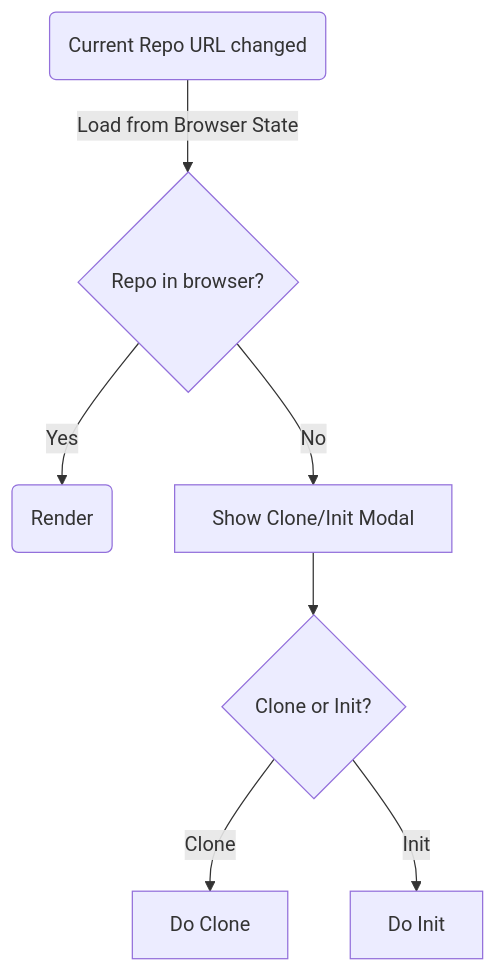
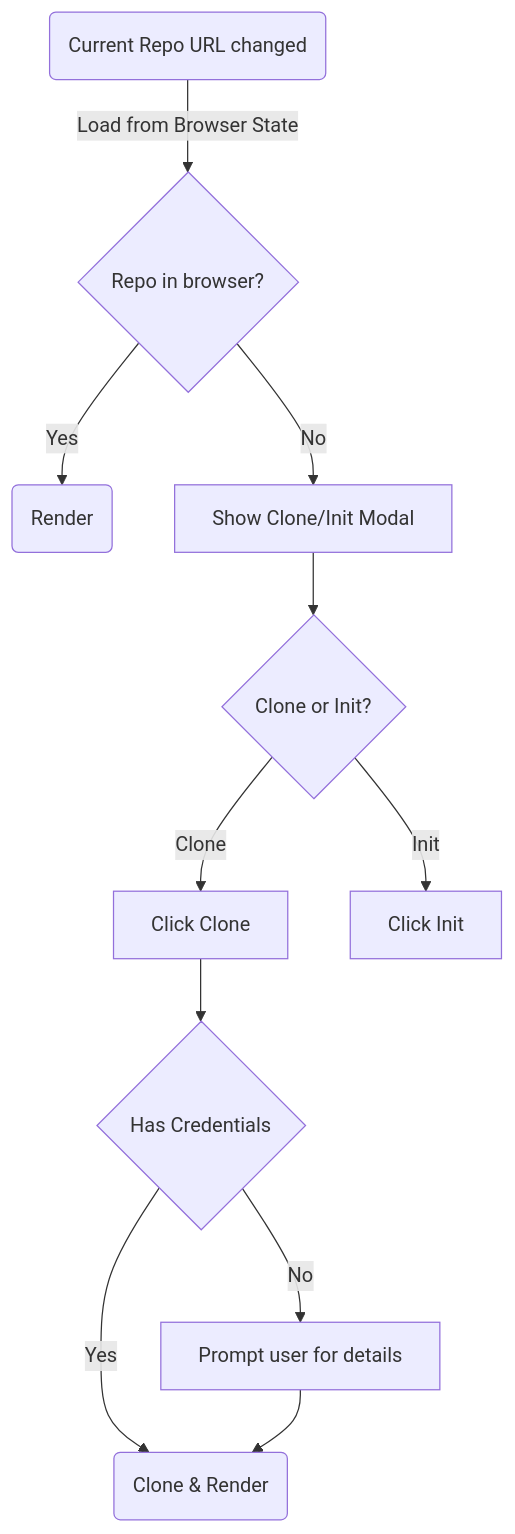
One commit to sengac/gitfeatures-spec changed the diagram in t4rD77Dy-co_tSRwiscVs.md. Above: the diagram before and after it, drawn with Mermaid.

Commit message:
more updates

````diff
--- a/t4rD77Dy-co_tSRwiscVs.md
+++ b/t4rD77Dy-co_tSRwiscVs.md
@@ -10,9 +10,13 @@
 ```mermaid
 graph TD
     A(Current Repo URL changed) -->|Load from Browser State| B{Repo in browser?}
     B -->|Yes| D(Render)
     B -->|No| E[Show Init/Clone Modal]
     E[Show Clone/Init Modal] --> F{Clone or Init?}
-    F -->|Clone| G[Do Clone]
-    F -->|Init| H[Do Init]
+    F -->|Clone| G[Click Clone]
+    F -->|Init| H[Click Init]
+    G --> I{Has Credentials}
+    I -->|Yes| J(Clone & Render)
+    I -->|No| K[Prompt user for details]
+    K --> J
 ```
````
